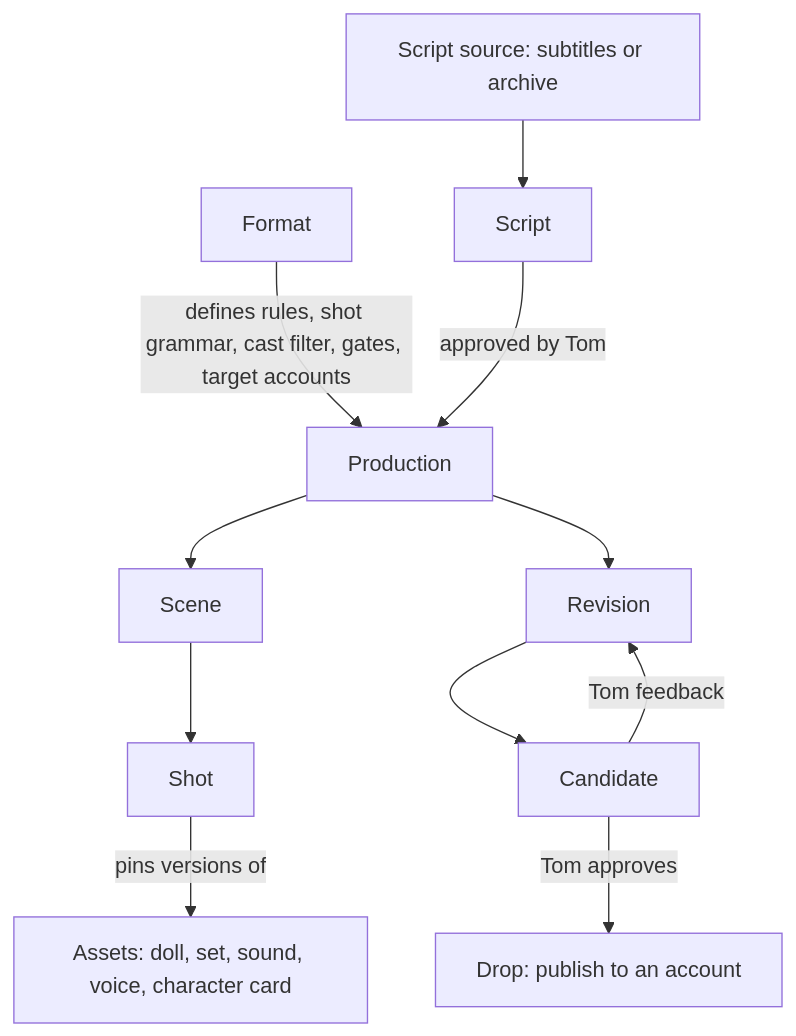
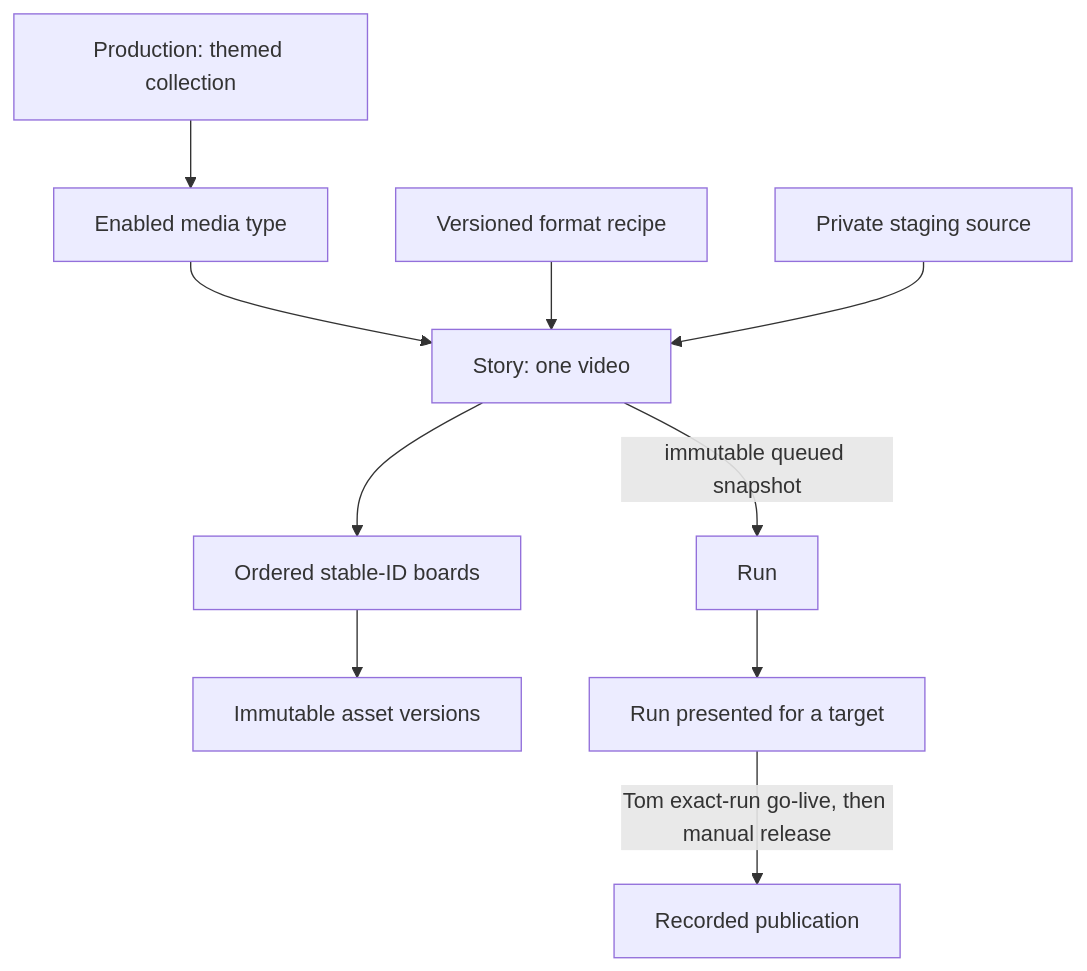
Before and after one commit to thaynes43/haynes-studio: the diagram in docs/proposals/0003-studio-plan.md, drawn with Mermaid. The commit also changed other lines of this file and 5 other files, not shown here.

````diff
--- a/docs/proposals/0003-studio-plan.md
+++ b/docs/proposals/0003-studio-plan.md
@@ -59,11 +59,12 @@
 ```mermaid
 flowchart TB
-  Format -->|defines rules, shot grammar, cast filter, gates, target accounts| Production
-  ScriptSource[Script source: subtitles or archive] --> Script
-  Script -->|approved by Tom| Production
-  Production --> Scene --> Shot
-  Shot -->|pins versions of| Asset[Assets: doll, set, sound, voice, character card]
-  Production --> Revision --> Candidate
-  Candidate -->|Tom feedback| Revision
-  Candidate -->|Tom approves| Drop[Drop: publish to an account]
+  Production[Production: themed collection] --> MediaType[Enabled media type]
+  MediaType --> Story[Story: one video]
+  Story --> Board[Ordered stable-ID boards]
+  Board --> AssetVersion[Immutable asset versions]
+  Format[Versioned format recipe] --> Story
+  ScriptSource[Private staging source] --> Story
+  Story -->|immutable queued snapshot| Run
+  Run --> Candidate[Run presented for a target]
+  Candidate -->|Tom exact-run go-live, then manual release| Drop[Recorded publication]
 ```
````
